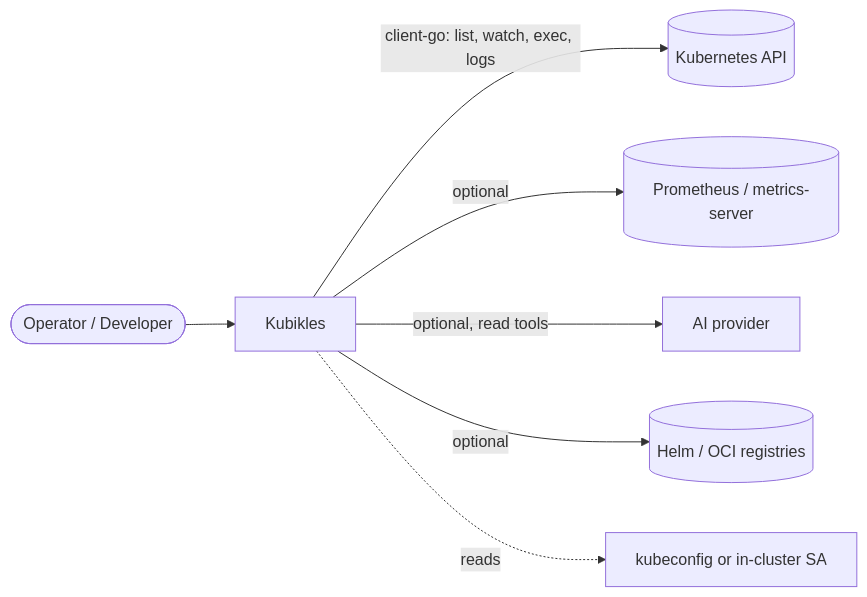
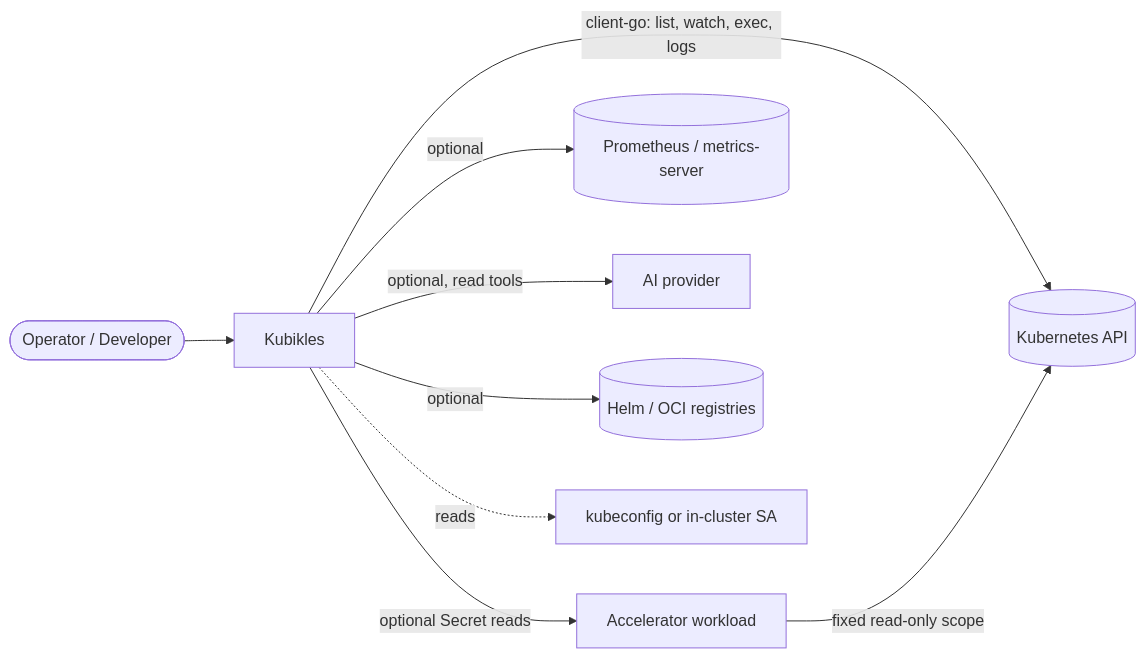
The first of 2 diagrams in docs/architecture.md (SkrobyLabs/kubikles), drawn with Mermaid before and after one commit. The commit also changed other lines of this file and 27 other files, not shown here.

````diff
--- a/docs/architecture.md
+++ b/docs/architecture.md
@@ -16,9 +16,11 @@
 ```mermaid
 flowchart LR
     user([Operator / Developer]) --> kbk[Kubikles]
     kbk -->|client-go: list, watch, exec, logs| api[(Kubernetes API)]
+    kbk -->|optional Secret reads| accel[Accelerator workload]
+    accel -->|fixed read-only scope| api
     kbk -->|optional| prom[(Prometheus / metrics-server)]
     kbk -->|optional, read tools| ai[AI provider]
     kbk -->|optional| helm[(Helm / OCI registries)]
     kbk -.reads.-> kube[kubeconfig or in-cluster SA]
 ```
````
